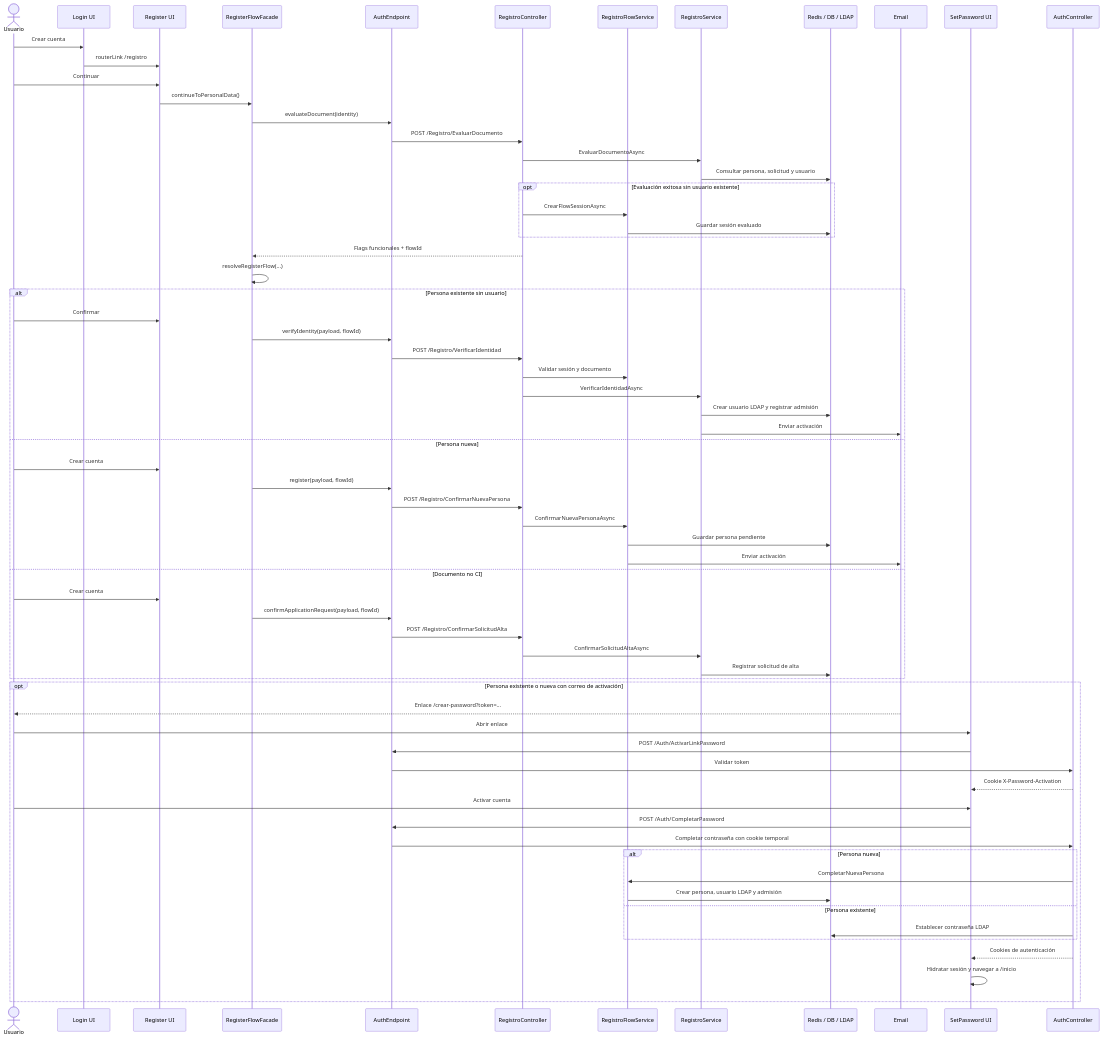
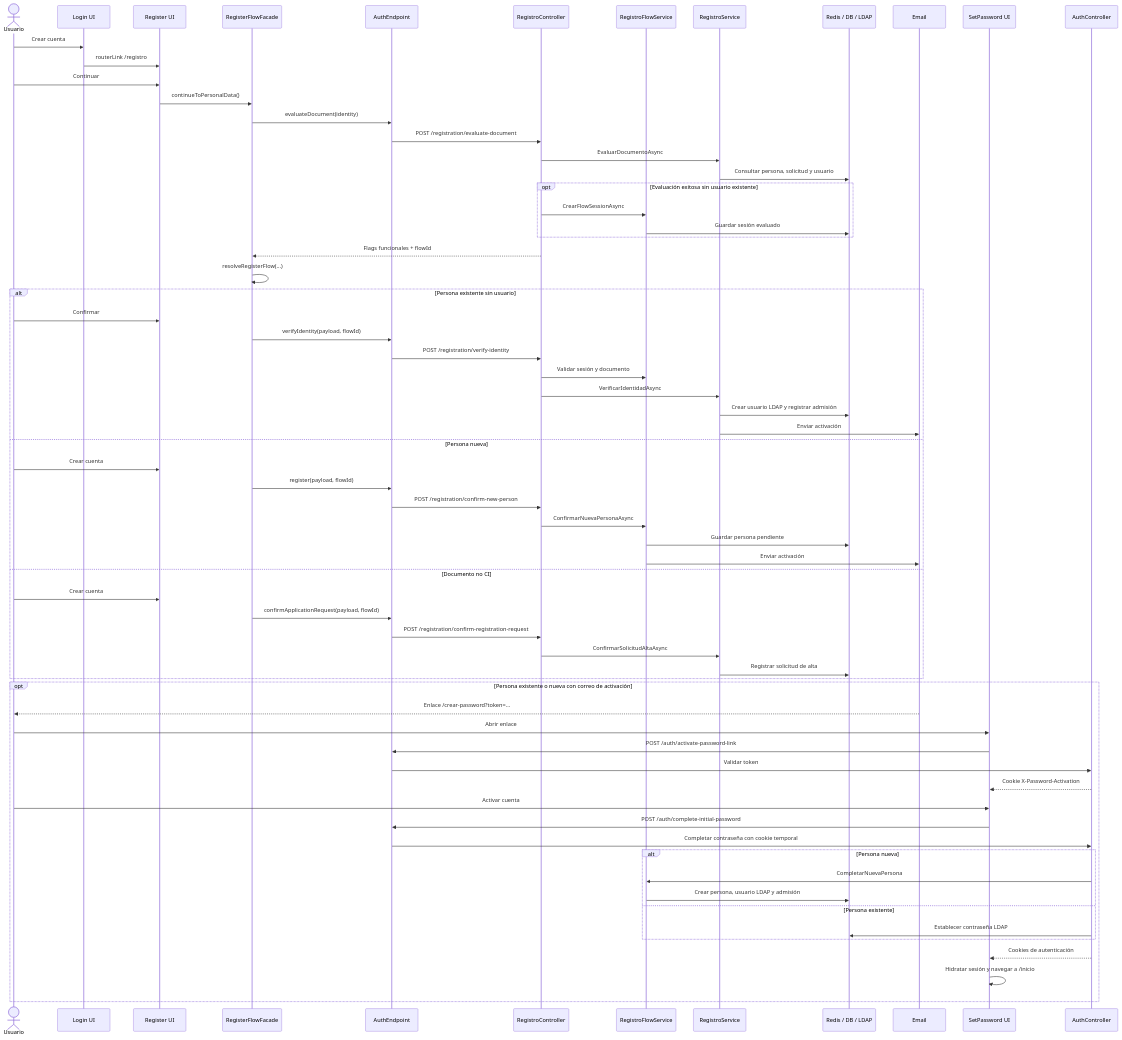
One commit to DesarrolloORT/admisiones-mono changed the diagram in docs/flujos/registro.md. Above: the diagram before and after it, drawn with Mermaid. The commit also changed other lines of this file and 37 other files, not shown here.

````diff
--- a/docs/flujos/registro.md
+++ b/docs/flujos/registro.md
@@ -31,72 +31,72 @@
 ```mermaid
 sequenceDiagram
   actor U as Usuario
   participant L as Login UI
   participant UI as Register UI
   participant F as RegisterFlowFacade
   participant A as AuthEndpoint
   participant RC as RegistroController
   participant RS as RegistroFlowService
   participant S as RegistroService
   participant D as Redis / DB / LDAP
   participant M as Email
   participant P as SetPassword UI
   participant AC as AuthController
 
   U->>L: Crear cuenta
   L->>UI: routerLink /registro
   U->>UI: Continuar
   UI->>F: continueToPersonalData()
   F->>A: evaluateDocument(identity)
-  A->>RC: POST /Registro/EvaluarDocumento
+  A->>RC: POST /registration/evaluate-document
   RC->>S: EvaluarDocumentoAsync
   S->>D: Consultar persona, solicitud y usuario
   opt Evaluación exitosa sin usuario existente
     RC->>RS: CrearFlowSessionAsync
     RS->>D: Guardar sesión evaluado
   end
   RC-->>F: Flags funcionales + flowId
   F->>F: resolveRegisterFlow(...)
 
   alt Persona existente sin usuario
     U->>UI: Confirmar
     F->>A: verifyIdentity(payload, flowId)
-    A->>RC: POST /Registro/VerificarIdentidad
+    A->>RC: POST /registration/verify-identity
     RC->>RS: Validar sesión y documento
     RC->>S: VerificarIdentidadAsync
     S->>D: Crear usuario LDAP y registrar admisión
     S->>M: Enviar activación
   else Persona nueva
     U->>UI: Crear cuenta
     F->>A: register(payload, flowId)
-    A->>RC: POST /Registro/ConfirmarNuevaPersona
+    A->>RC: POST /registration/confirm-new-person
     RC->>RS: ConfirmarNuevaPersonaAsync
     RS->>D: Guardar persona pendiente
     RS->>M: Enviar activación
   else Documento no CI
     U->>UI: Crear cuenta
     F->>A: confirmApplicationRequest(payload, flowId)
-    A->>RC: POST /Registro/ConfirmarSolicitudAlta
+    A->>RC: POST /registration/confirm-registration-request
     RC->>S: ConfirmarSolicitudAltaAsync
     S->>D: Registrar solicitud de alta
   end
 
   opt Persona existente o nueva con correo de activación
     M-->>U: Enlace /crear-password?token=...
     U->>P: Abrir enlace
-    P->>A: POST /Auth/ActivarLinkPassword
+    P->>A: POST /auth/activate-password-link
     A->>AC: Validar token
     AC-->>P: Cookie X-Password-Activation
     U->>P: Activar cuenta
-    P->>A: POST /Auth/CompletarPassword
+    P->>A: POST /auth/complete-initial-password
     A->>AC: Completar contraseña con cookie temporal
     alt Persona nueva
       AC->>RS: CompletarNuevaPersona
       RS->>D: Crear persona, usuario LDAP y admisión
     else Persona existente
       AC->>D: Establecer contraseña LDAP
     end
     AC-->>P: Cookies de autenticación
     P->>P: Hidratar sesión y navegar a /inicio
   end
 ```
````
